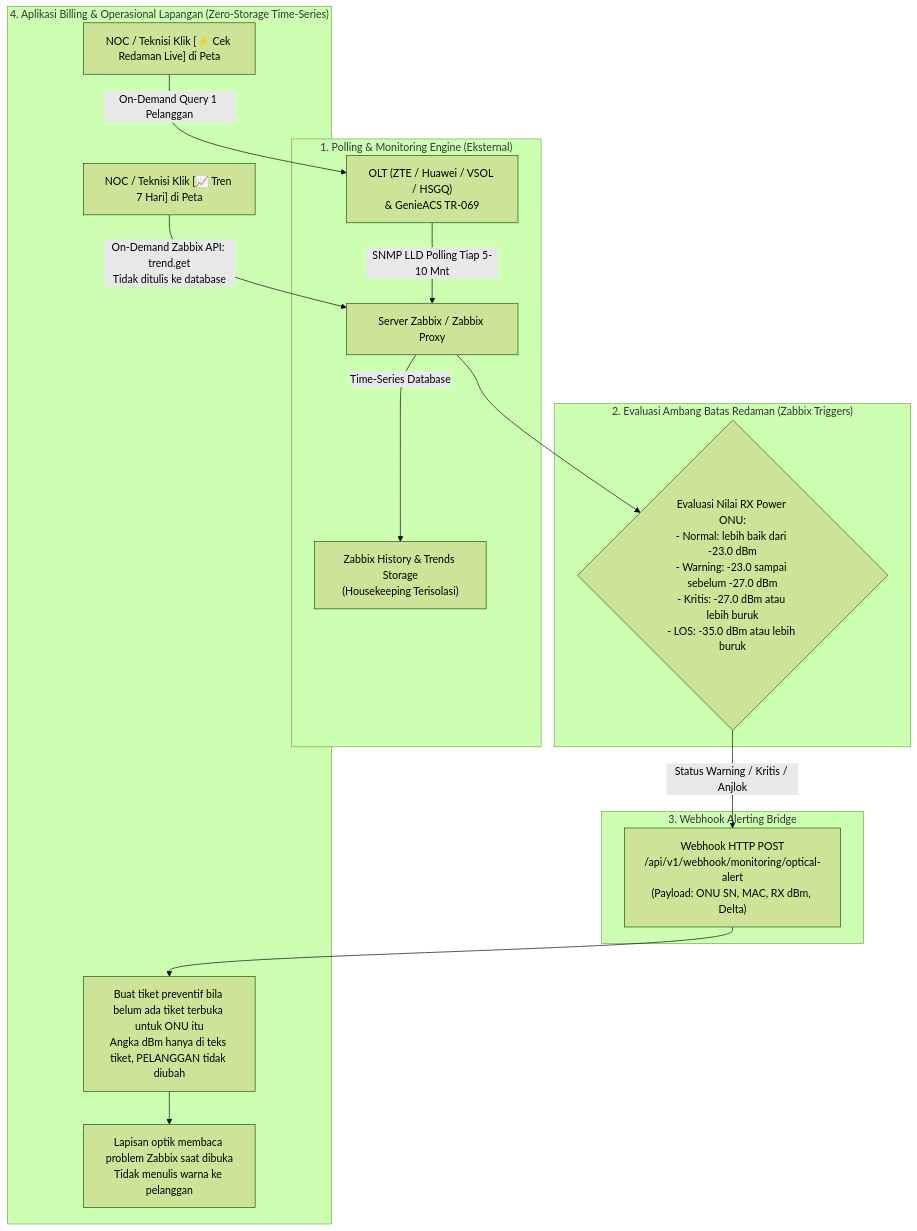
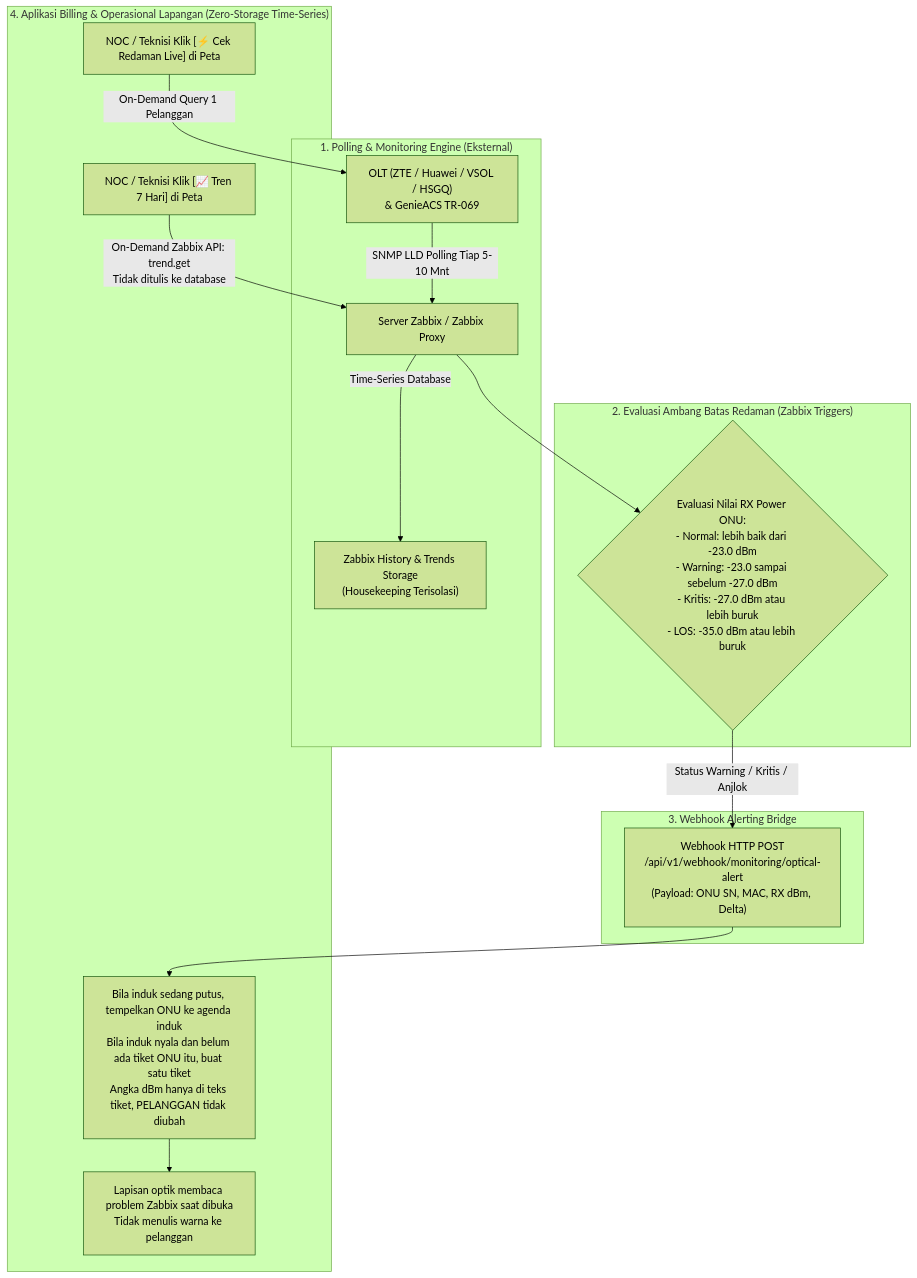
Before and after one commit to revroger007/billing-isp-v2: the ninth of 16 diagrams in docs/cara-kerja.md, drawn with Mermaid (forest theme). The commit also changed other lines of this file and 3 other files, not shown here.

````diff
--- a/docs/cara-kerja.md
+++ b/docs/cara-kerja.md
@@ -866,23 +872,23 @@
 ```mermaid
 flowchart TD
     subgraph POLLING_TIER["1. Polling & Monitoring Engine (Eksternal)"]
         OLT["OLT (ZTE / Huawei / VSOL / HSGQ)\n& GenieACS TR-069"] -->|SNMP LLD Polling Tiap 5-10 Mnt| ZABBIX["Server Zabbix / Zabbix Proxy"]
         ZABBIX -->|Time-Series Database| Z_DB["Zabbix History & Trends Storage\n(Housekeeping Terisolasi)"]
     end
 
     subgraph TRIGGER_ENGINE["2. Evaluasi Ambang Batas Redaman (Zabbix Triggers)"]
         ZABBIX --> EVAL{"Evaluasi Nilai RX Power ONU:\n- Normal: lebih baik dari -23.0 dBm\n- Warning: -23.0 sampai sebelum -27.0 dBm\n- Kritis: -27.0 dBm atau lebih buruk\n- LOS: -35.0 dBm atau lebih buruk"}
     end
 
     subgraph WEBHOOK_BRIDGE["3. Webhook Alerting Bridge"]
         EVAL -->|Status Warning / Kritis / Anjlok| WH["Webhook HTTP POST\n/api/v1/webhook/monitoring/optical-alert\n(Payload: ONU SN, MAC, RX dBm, Delta)"]
     end
 
     subgraph BILLING_APP["4. Aplikasi Billing & Operasional Lapangan (Zero-Storage Time-Series)"]
-        WH --> TIKET["Buat tiket preventif bila belum ada tiket terbuka untuk ONU itu\nAngka dBm hanya di teks tiket, PELANGGAN tidak diubah"]
+        WH --> TIKET["Bila induk sedang putus, tempelkan ONU ke agenda induk\nBila induk nyala dan belum ada tiket ONU itu, buat satu tiket\nAngka dBm hanya di teks tiket, PELANGGAN tidak diubah"]
         TIKET --> MAP["Lapisan optik membaca problem Zabbix saat dibuka\nTidak menulis warna ke pelanggan"]
         
         NOC_LIVE["NOC / Teknisi Klik [⚡ Cek Redaman Live] di Peta"] -->|On-Demand Query 1 Pelanggan| OLT
         NOC_SPARK["NOC / Teknisi Klik [📈 Tren 7 Hari] di Peta"] -->|On-Demand Zabbix API: trend.get\nTidak ditulis ke database| ZABBIX
     end
 ```
````
